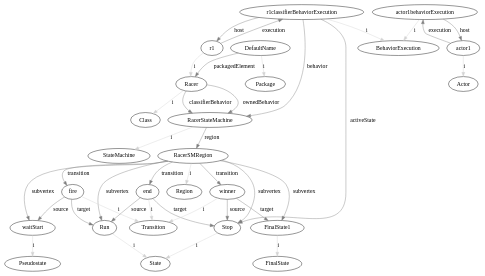
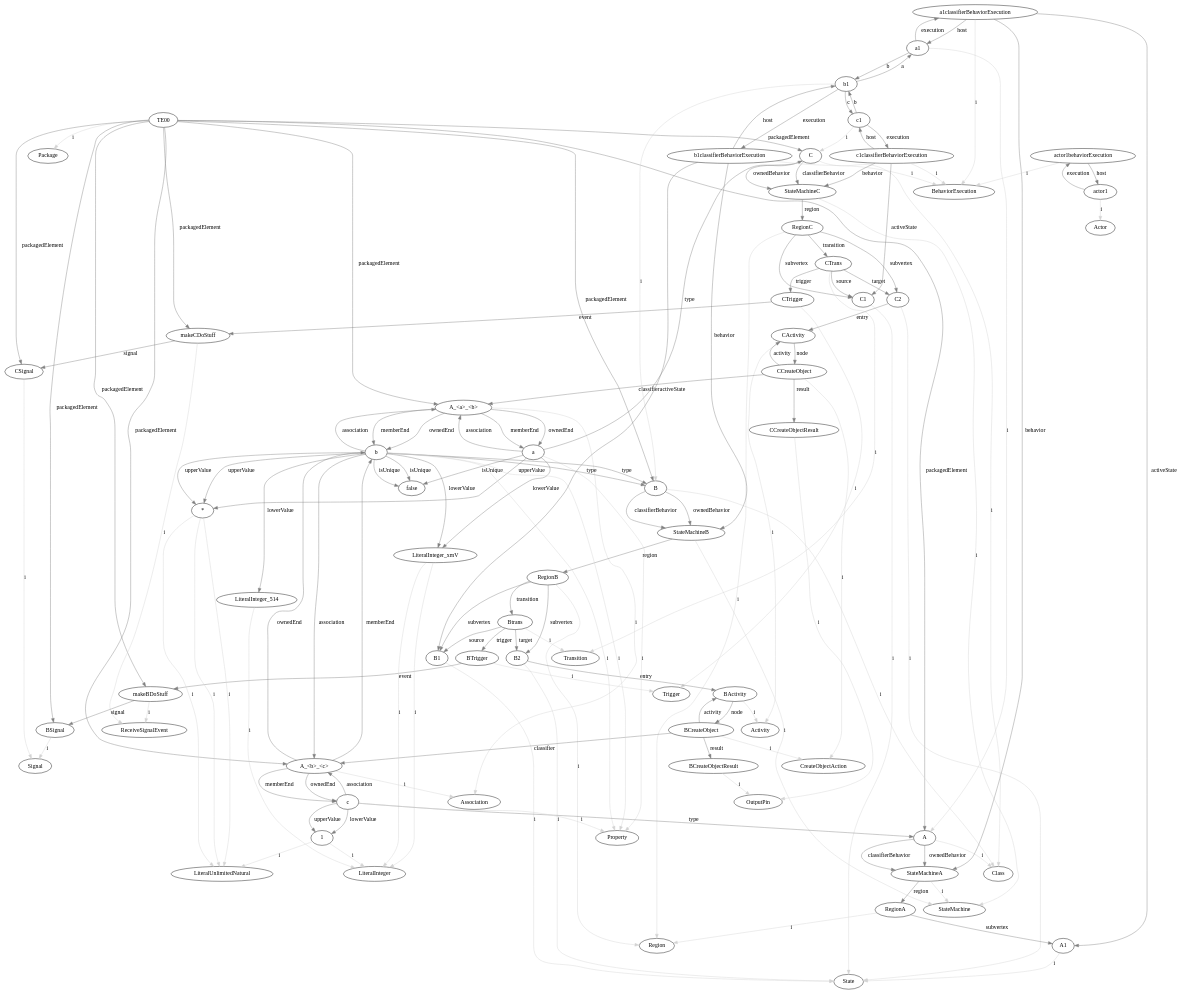
The diagram in GraphOutputs/state0.dot (luisneiva/graf-framework), drawn with Graphviz before and after one commit. The commit also changed 11 other files, not shown here.

```diff
--- a/GraphOutputs/state0.dot
+++ b/GraphOutputs/state0.dot
@@ -1,40 +1,143 @@
 digraph umlMetamodel {
-	"DefaultName" -> "Package" [label="i", color="lightgrey"]
-	"DefaultName" -> "Racer" [label="packagedElement", color="grey"]
-	"Racer" -> "Class" [label="i", color="lightgrey"]
-	"Racer" -> "RacerStateMachine" [label="classifierBehavior", color="grey"]
-	"Racer" -> "RacerStateMachine" [label="ownedBehavior", color="grey"]
-	"RacerStateMachine" -> "StateMachine" [label="i", color="lightgrey"]
-	"RacerStateMachine" -> "RacerSMRegion" [label="region", color="grey"]
-	"RacerSMRegion" -> "Region" [label="i", color="lightgrey"]
-	"RacerSMRegion" -> "waitStart" [label="subvertex", color="grey"]
-	"waitStart" -> "Pseudostate" [label="i", color="lightgrey"]
-	"RacerSMRegion" -> "Run" [label="subvertex", color="grey"]
-	"Run" -> "State" [label="i", color="lightgrey"]
-	"RacerSMRegion" -> "Stop" [label="subvertex", color="grey"]
-	"Stop" -> "State" [label="i", color="lightgrey"]
-	"RacerSMRegion" -> "FinalState1" [label="subvertex", color="grey"]
-	"FinalState1" -> "FinalState" [label="i", color="lightgrey"]
-	"RacerSMRegion" -> "fire" [label="transition", color="grey"]
-	"fire" -> "Transition" [label="i", color="lightgrey"]
-	"fire" -> "waitStart" [label="source", color="grey"]
-	"fire" -> "Run" [label="target", color="grey"]
-	"RacerSMRegion" -> "end" [label="transition", color="grey"]
-	"end" -> "Transition" [label="i", color="lightgrey"]
-	"end" -> "Run" [label="source", color="grey"]
-	"end" -> "Stop" [label="target", color="grey"]
-	"RacerSMRegion" -> "winner" [label="transition", color="grey"]
-	"winner" -> "Transition" [label="i", color="lightgrey"]
-	"winner" -> "Stop" [label="source", color="grey"]
-	"winner" -> "FinalState1" [label="target", color="grey"]
-	"r1" -> "Racer" [label="i", color="lightgrey"]
-	"r1classifierBehaviorExecution" -> "BehaviorExecution" [label="i", color="lightgrey"]
-	"r1" -> "r1classifierBehaviorExecution" [label="execution", color="grey"]
-	"r1classifierBehaviorExecution" -> "r1" [label="host", color="grey"]
-	"r1classifierBehaviorExecution" -> "RacerStateMachine" [label="behavior", color="grey"]
-	"r1classifierBehaviorExecution" -> "Stop" [label="activeState", color="grey"]
+	"TE00" -> "Package" [label="i", color="lightgrey"]
+	"TE00" -> "C" [label="packagedElement", color="grey"]
+	"C" -> "Class" [label="i", color="lightgrey"]
+	"C" -> "StateMachineC" [label="classifierBehavior", color="grey"]
+	"C" -> "StateMachineC" [label="ownedBehavior", color="grey"]
+	"StateMachineC" -> "StateMachine" [label="i", color="lightgrey"]
+	"StateMachineC" -> "RegionC" [label="region", color="grey"]
+	"RegionC" -> "Region" [label="i", color="lightgrey"]
+	"RegionC" -> "C1" [label="subvertex", color="grey"]
+	"C1" -> "State" [label="i", color="lightgrey"]
+	"RegionC" -> "C2" [label="subvertex", color="grey"]
+	"C2" -> "State" [label="i", color="lightgrey"]
+	"C2" -> "CActivity" [label="entry", color="grey"]
+	"CActivity" -> "Activity" [label="i", color="lightgrey"]
+	"CActivity" -> "CCreateObject" [label="node", color="grey"]
+	"CCreateObject" -> "CActivity" [label="activity", color="grey"]
+	"CCreateObject" -> "CreateObjectAction" [label="i", color="lightgrey"]
+	"CCreateObject" -> "A_<a>_<b>" [label="classifier", color="grey"]
+	"CCreateObject" -> "CCreateObjectResult" [label="result", color="grey"]
+	"CCreateObjectResult" -> "OutputPin" [label="i", color="lightgrey"]
+	"RegionC" -> "CTrans" [label="transition", color="grey"]
+	"CTrans" -> "Transition" [label="i", color="lightgrey"]
+	"CTrans" -> "C1" [label="source", color="grey"]
+	"CTrans" -> "C2" [label="target", color="grey"]
+	"CTrans" -> "CTrigger" [label="trigger", color="grey"]
+	"CTrigger" -> "Trigger" [label="i", color="lightgrey"]
+	"CTrigger" -> "makeCDoStuff" [label="event", color="grey"]
+	"TE00" -> "B" [label="packagedElement", color="grey"]
+	"B" -> "Class" [label="i", color="lightgrey"]
+	"B" -> "StateMachineB" [label="classifierBehavior", color="grey"]
+	"B" -> "StateMachineB" [label="ownedBehavior", color="grey"]
+	"StateMachineB" -> "StateMachine" [label="i", color="lightgrey"]
+	"StateMachineB" -> "RegionB" [label="region", color="grey"]
+	"RegionB" -> "Region" [label="i", color="lightgrey"]
+	"RegionB" -> "B1" [label="subvertex", color="grey"]
+	"B1" -> "State" [label="i", color="lightgrey"]
+	"RegionB" -> "B2" [label="subvertex", color="grey"]
+	"B2" -> "State" [label="i", color="lightgrey"]
+	"B2" -> "BActivity" [label="entry", color="grey"]
+	"BActivity" -> "Activity" [label="i", color="lightgrey"]
+	"BActivity" -> "BCreateObject" [label="node", color="grey"]
+	"BCreateObject" -> "BActivity" [label="activity", color="grey"]
+	"BCreateObject" -> "CreateObjectAction" [label="i", color="lightgrey"]
+	"BCreateObject" -> "A_<b>_<c>" [label="classifier", color="grey"]
+	"BCreateObject" -> "BCreateObjectResult" [label="result", color="grey"]
+	"BCreateObjectResult" -> "OutputPin" [label="i", color="lightgrey"]
+	"RegionB" -> "Btrans" [label="transition", color="grey"]
+	"Btrans" -> "Transition" [label="i", color="lightgrey"]
+	"Btrans" -> "B1" [label="source", color="grey"]
+	"Btrans" -> "B2" [label="target", color="grey"]
+	"Btrans" -> "BTrigger" [label="trigger", color="grey"]
+	"BTrigger" -> "Trigger" [label="i", color="lightgrey"]
+	"BTrigger" -> "makeBDoStuff" [label="event", color="grey"]
+	"TE00" -> "A" [label="packagedElement", color="grey"]
+	"A" -> "Class" [label="i", color="lightgrey"]
+	"A" -> "StateMachineA" [label="classifierBehavior", color="grey"]
+	"A" -> "StateMachineA" [label="ownedBehavior", color="grey"]
+	"StateMachineA" -> "StateMachine" [label="i", color="lightgrey"]
+	"StateMachineA" -> "RegionA" [label="region", color="grey"]
+	"RegionA" -> "Region" [label="i", color="lightgrey"]
+	"RegionA" -> "A1" [label="subvertex", color="grey"]
+	"A1" -> "State" [label="i", color="lightgrey"]
+	"TE00" -> "A_<a>_<b>" [label="packagedElement", color="grey"]
+	"A_<a>_<b>" -> "Association" [label="i", color="lightgrey"]
+	"A_<a>_<b>" -> "a" [label="memberEnd", color="grey"]
+	"A_<a>_<b>" -> "b" [label="memberEnd", color="grey"]
+	"A_<a>_<b>" -> "a" [label="ownedEnd", color="grey"]
+	"a" -> "Property" [label="i", color="lightgrey"]
+	"a" -> "C" [label="type", color="grey"]
+	"a" -> "false" [label="isUnique", color="grey"]
+	"a" -> "A_<a>_<b>" [label="association", color="grey"]
+	"a" -> "*" [label="upperValue", color="grey"]
+	"*" -> "LiteralUnlimitedNatural" [label="i", color="lightgrey"]
+	"a" -> "LiteralInteger_xmV" [label="lowerValue", color="grey"]
+	"LiteralInteger_xmV" -> "LiteralInteger" [label="i", color="lightgrey"]
+	"A_<a>_<b>" -> "b" [label="ownedEnd", color="grey"]
+	"b" -> "Property" [label="i", color="lightgrey"]
+	"b" -> "B" [label="type", color="grey"]
+	"b" -> "false" [label="isUnique", color="grey"]
+	"b" -> "A_<a>_<b>" [label="association", color="grey"]
+	"b" -> "*" [label="upperValue", color="grey"]
+	"*" -> "LiteralUnlimitedNatural" [label="i", color="lightgrey"]
+	"b" -> "LiteralInteger_xmV" [label="lowerValue", color="grey"]
+	"LiteralInteger_xmV" -> "LiteralInteger" [label="i", color="lightgrey"]
+	"TE00" -> "A_<b>_<c>" [label="packagedElement", color="grey"]
+	"A_<b>_<c>" -> "Association" [label="i", color="lightgrey"]
+	"A_<b>_<c>" -> "b" [label="memberEnd", color="grey"]
+	"A_<b>_<c>" -> "c" [label="memberEnd", color="grey"]
+	"A_<b>_<c>" -> "b" [label="ownedEnd", color="grey"]
+	"b" -> "Property" [label="i", color="lightgrey"]
+	"b" -> "B" [label="type", color="grey"]
+	"b" -> "false" [label="isUnique", color="grey"]
+	"b" -> "A_<b>_<c>" [label="association", color="grey"]
+	"b" -> "*" [label="upperValue", color="grey"]
+	"*" -> "LiteralUnlimitedNatural" [label="i", color="lightgrey"]
+	"b" -> "LiteralInteger_514" [label="lowerValue", color="grey"]
+	"LiteralInteger_514" -> "LiteralInteger" [label="i", color="lightgrey"]
+	"A_<b>_<c>" -> "c" [label="ownedEnd", color="grey"]
+	"c" -> "Property" [label="i", color="lightgrey"]
+	"c" -> "A" [label="type", color="grey"]
+	"c" -> "A_<b>_<c>" [label="association", color="grey"]
+	"c" -> "1" [label="upperValue", color="grey"]
+	"1" -> "LiteralUnlimitedNatural" [label="i", color="lightgrey"]
+	"c" -> "1" [label="lowerValue", color="grey"]
+	"1" -> "LiteralInteger" [label="i", color="lightgrey"]
+	"TE00" -> "BSignal" [label="packagedElement", color="grey"]
+	"BSignal" -> "Signal" [label="i", color="lightgrey"]
+	"TE00" -> "makeBDoStuff" [label="packagedElement", color="grey"]
+	"makeBDoStuff" -> "ReceiveSignalEvent" [label="i", color="lightgrey"]
+	"makeBDoStuff" -> "BSignal" [label="signal", color="grey"]
+	"TE00" -> "CSignal" [label="packagedElement", color="grey"]
+	"CSignal" -> "Signal" [label="i", color="lightgrey"]
+	"TE00" -> "makeCDoStuff" [label="packagedElement", color="grey"]
+	"makeCDoStuff" -> "ReceiveSignalEvent" [label="i", color="lightgrey"]
+	"makeCDoStuff" -> "CSignal" [label="signal", color="grey"]
+	"a1" -> "A" [label="i", color="lightgrey"]
+	"a1classifierBehaviorExecution" -> "BehaviorExecution" [label="i", color="lightgrey"]
+	"a1" -> "a1classifierBehaviorExecution" [label="execution", color="grey"]
+	"a1classifierBehaviorExecution" -> "a1" [label="host", color="grey"]
+	"a1classifierBehaviorExecution" -> "StateMachineA" [label="behavior", color="grey"]
+	"a1classifierBehaviorExecution" -> "A1" [label="activeState", color="grey"]
+	"b1" -> "B" [label="i", color="lightgrey"]
+	"b1classifierBehaviorExecution" -> "BehaviorExecution" [label="i", color="lightgrey"]
+	"b1" -> "b1classifierBehaviorExecution" [label="execution", color="grey"]
+	"b1classifierBehaviorExecution" -> "b1" [label="host", color="grey"]
+	"b1classifierBehaviorExecution" -> "StateMachineB" [label="behavior", color="grey"]
+	"b1classifierBehaviorExecution" -> "B1" [label="activeState", color="grey"]
+	"c1" -> "C" [label="i", color="lightgrey"]
+	"c1classifierBehaviorExecution" -> "BehaviorExecution" [label="i", color="lightgrey"]
+	"c1" -> "c1classifierBehaviorExecution" [label="execution", color="grey"]
+	"c1classifierBehaviorExecution" -> "c1" [label="host", color="grey"]
+	"c1classifierBehaviorExecution" -> "StateMachineC" [label="behavior", color="grey"]
+	"c1classifierBehaviorExecution" -> "C1" [label="activeState", color="grey"]
+	"a1" -> "b1" [label="b", color="grey"]
+	"b1" -> "a1" [label="a", color="grey"]
+	"b1" -> "c1" [label="c", color="grey"]
+	"c1" -> "b1" [label="b", color="grey"]
 	"actor1" -> "Actor" [label="i", color="lightgrey"]
 	"actor1behaviorExecution" -> "BehaviorExecution" [label="i", color="lightgrey"]
 	"actor1" -> "actor1behaviorExecution" [label="execution", color="grey"]
 	"actor1behaviorExecution" -> "actor1" [label="host", color="grey"]
 }
```
